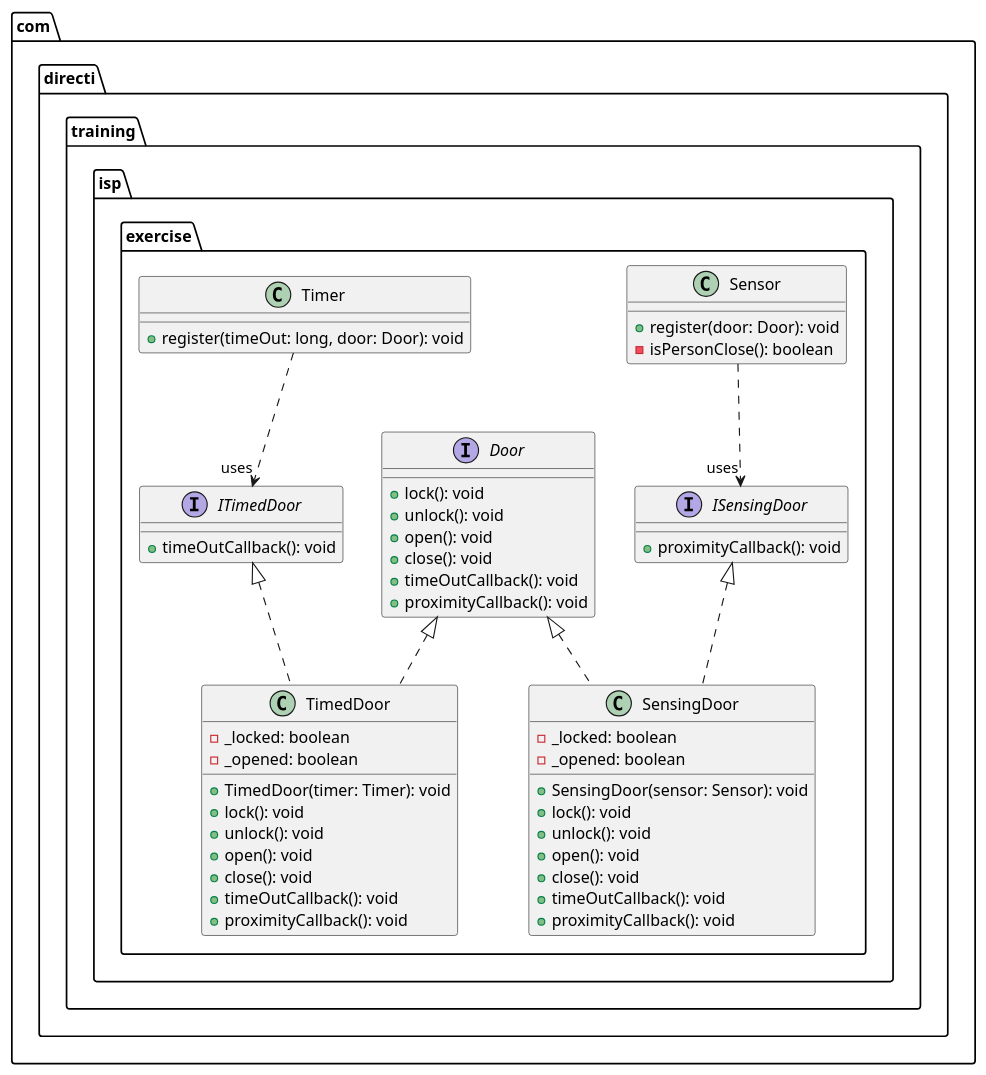
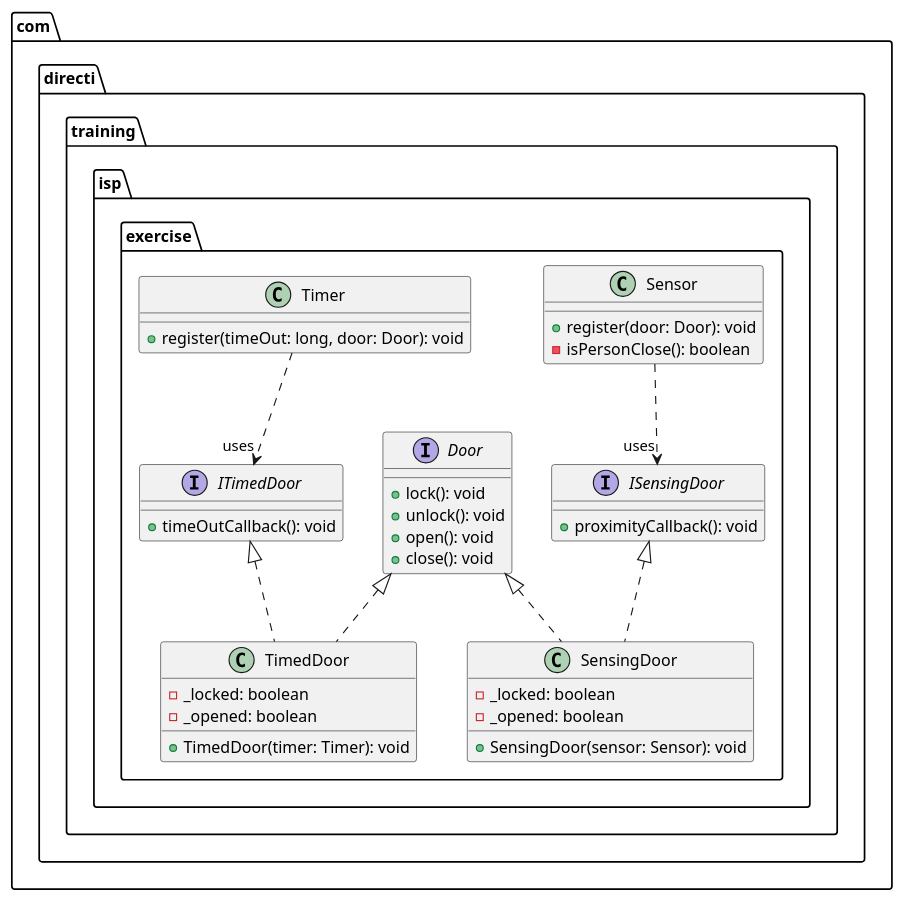
One commit to Ali-Doggaz/TP1-archi changed the diagram in ISP/src/com/directi/training/isp/exercise/solution/new_arch.plantuml. Above: the diagram before and after it, drawn with PlantUML. The commit also changed 5 other files, not shown here.

```diff
--- a/ISP/src/com/directi/training/isp/exercise/solution/new_arch.plantuml
+++ b/ISP/src/com/directi/training/isp/exercise/solution/new_arch.plantuml
@@ -2,56 +2,42 @@
 @startuml
 package "com.directi.training.isp.exercise" {
     interface Door {
         +lock(): void
         +unlock(): void
         +open(): void
         +close(): void
-        +timeOutCallback(): void
-        +proximityCallback(): void
     }
 
     class SensingDoor implements Door, ISensingDoor {
         -_locked: boolean
         -_opened: boolean
         +SensingDoor(sensor: Sensor): void
-        +lock(): void
-        +unlock(): void
-        +open(): void
-        +close(): void
-        +timeOutCallback(): void
-        +proximityCallback(): void
     }
 
     class Sensor {
         +register(door: Door): void
         -isPersonClose(): boolean
     }
 
     interface ITimedDoor {
         +timeOutCallback(): void
     }
 
     interface ISensingDoor {
         +proximityCallback(): void
     }
 
     class TimedDoor implements Door, ITimedDoor {
         -_locked: boolean
         -_opened: boolean
         +TimedDoor(timer: Timer): void
-        +lock(): void
-        +unlock(): void
-        +open(): void
-        +close(): void
-        +timeOutCallback(): void
-        +proximityCallback(): void
     }
 
     class Timer {
         +register(timeOut: long, door: Door): void
     }
 
     Sensor ..> "uses" ISensingDoor 
     Timer ..> "uses" ITimedDoor
 }
 @enduml
```
